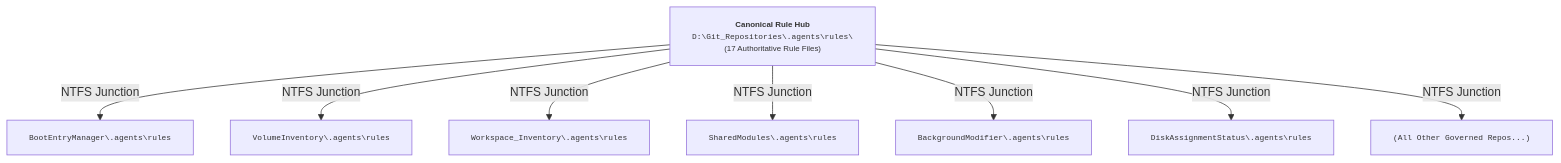
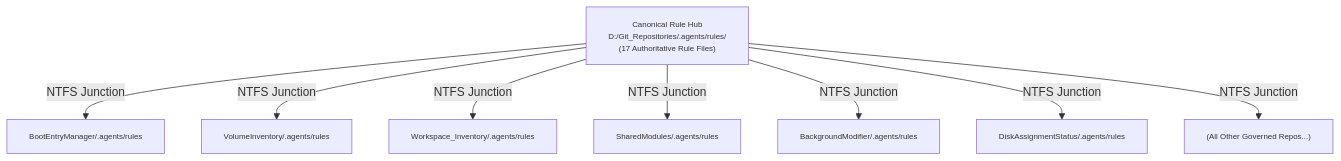
One commit to rgbigel/Workspace_AI changed the first of 2 diagrams in docs/LCM-Rules-Cross-Reference.md. Above: the diagram before and after it, drawn with Mermaid. The commit also changed other lines of this file and 12 other files, not shown here.

Commit message:
docs: align tripartite specifications, Mermaid diagrams, and tool help flags to LCM Baseline v7.0.0

````diff
--- a/docs/LCM-Rules-Cross-Reference.md
+++ b/docs/LCM-Rules-Cross-Reference.md
@@ -15,14 +15,15 @@
 ```mermaid
 graph TD
     classDef default font-size:8pt;
-    Hub["<b>Canonical Rule Hub</b><br/><code>D:\Git_Repositories\.agents\rules\</code><br/>(17 Authoritative Rule Files)"]
+    Hub["Canonical Rule Hub<br/>D:/Git_Repositories/.agents/rules/<br/>(17 Authoritative Rule Files)"]
     
-    Hub -->|NTFS Junction| J1["<code>BootEntryManager\.agents\rules</code>"]
-    Hub -->|NTFS Junction| J2["<code>VolumeInventory\.agents\rules</code>"]
-    Hub -->|NTFS Junction| J3["<code>Workspace_Inventory\.agents\rules</code>"]
-    Hub -->|NTFS Junction| J4["<code>SharedModules\.agents\rules</code>"]
-    Hub -->|NTFS Junction| J5["<code>BackgroundModifier\.agents\rules</code>"]
-    Hub -->|NTFS Junction| J6["<code>DiskAssignmentStatus\.agents\rules</code>"]
-    Hub -->|NTFS Junction| J7["<code>(All Other Governed Repos...)</code>"]
+    Hub -->|NTFS Junction| J1["BootEntryManager/.agents/rules"]
+    Hub -->|NTFS Junction| J2["VolumeInventory/.agents/rules"]
+    Hub -->|NTFS Junction| J3["Workspace_Inventory/.agents/rules"]
+    Hub -->|NTFS Junction| J4["SharedModules/.agents/rules"]
+    Hub -->|NTFS Junction| J5["BackgroundModifier/.agents/rules"]
+    Hub -->|NTFS Junction| J6["DiskAssignmentStatus/.agents/rules"]
+    Hub -->|NTFS Junction| J7["(All Other Governed Repos...)"]
+
 
 ```
````
